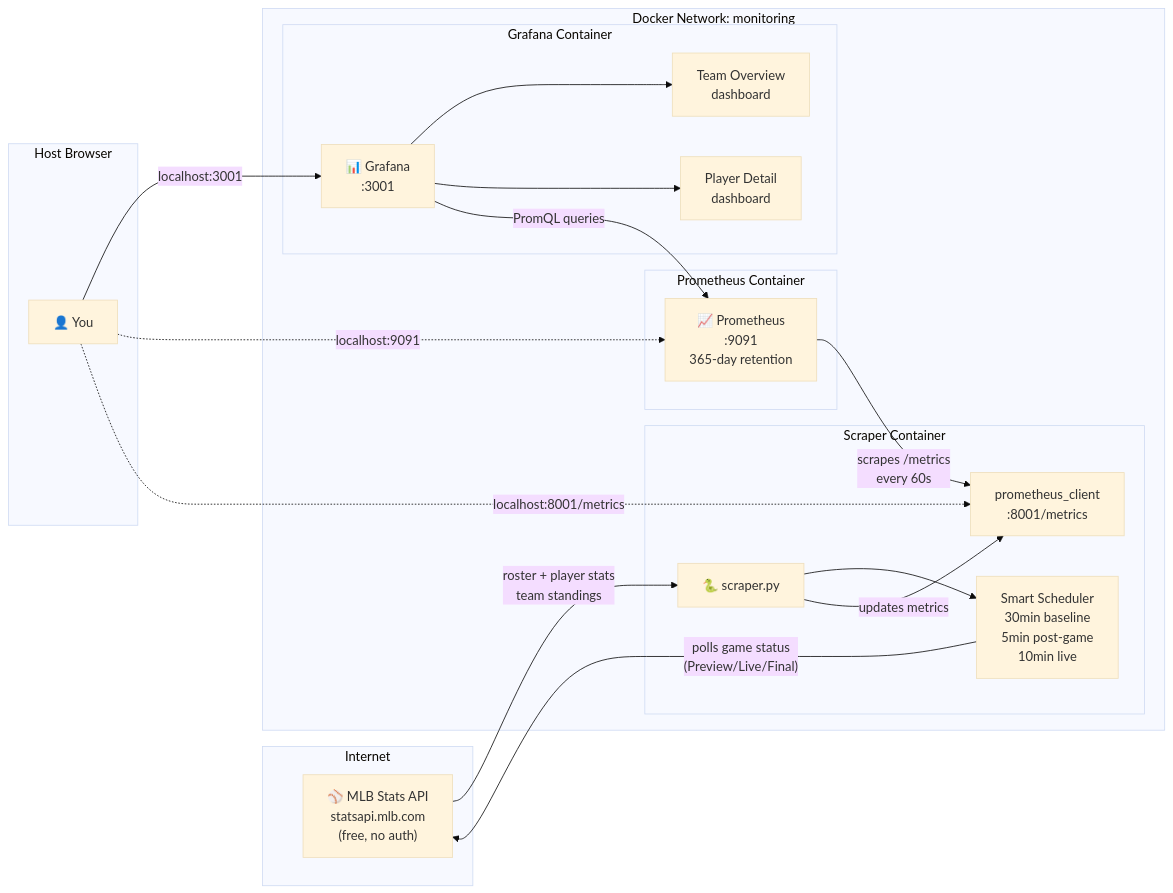
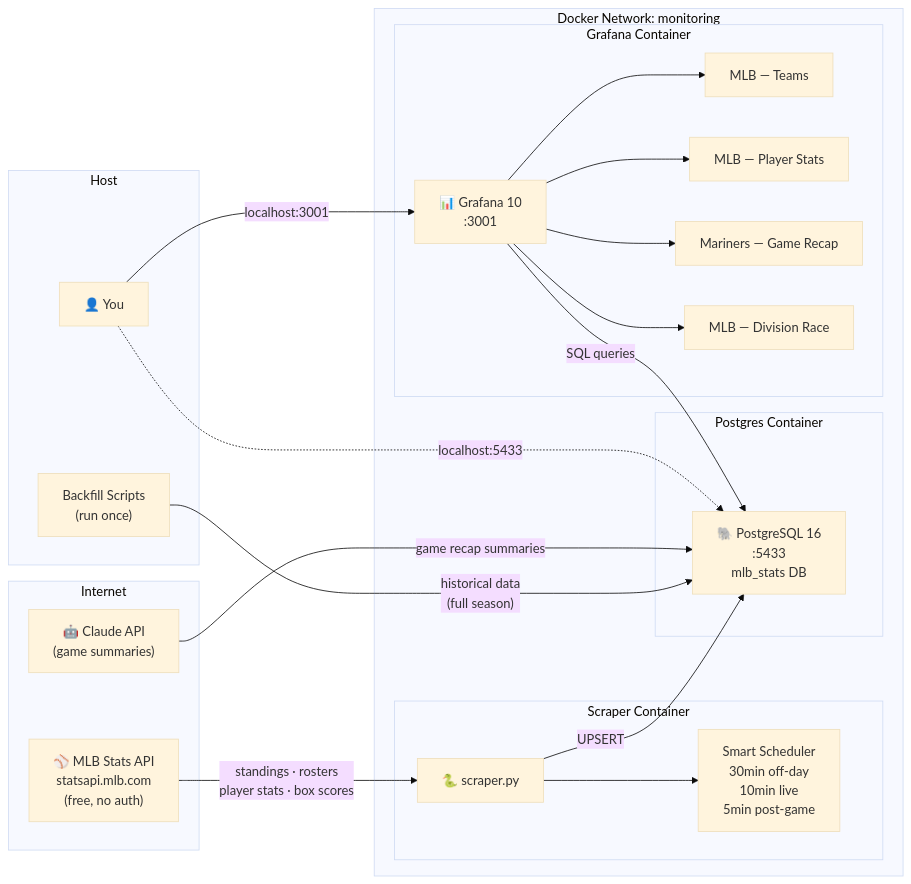
One commit to enriquebrosericus/claudeFun changed the first of 2 diagrams in mlb_stats_tracker/README.md. Above: the diagram before and after it, drawn with Mermaid (base theme). The commit also changed other lines of this file, not shown here.

First line of the commit message:
Update MLB README: reflect PostgreSQL migration and current feature set

````diff
--- a/mlb_stats_tracker/README.md
+++ b/mlb_stats_tracker/README.md
@@ -9,40 +9,41 @@
 ```mermaid
 flowchart LR
     subgraph Internet
         MLB["⚾ MLB Stats API\nstatsapi.mlb.com\n(free, no auth)"]
+        AI["🤖 Claude API\n(game summaries)"]
     end
 
     subgraph Docker Network: monitoring
         subgraph Scraper Container
             PY["🐍 scraper.py"]
-            SCHED["Smart Scheduler\n30min baseline\n5min post-game\n10min live"]
-            PROM_CLIENT["prometheus_client\n:8001/metrics"]
+            SCHED["Smart Scheduler\n30min off-day\n10min live\n5min post-game"]
             PY --> SCHED
-            PY -- "updates metrics" --> PROM_CLIENT
         end
 
-        subgraph Prometheus Container
-            PROM["📈 Prometheus\n:9091\n365-day retention"]
+        subgraph Postgres Container
+            PG["🐘 PostgreSQL 16\n:5433\nmlb_stats DB"]
         end
 
         subgraph Grafana Container
-            GRAF["📊 Grafana\n:3001"]
-            D1["Team Overview\ndashboard"]
-            D2["Player Detail\ndashboard"]
-            GRAF --> D1
-            GRAF --> D2
+            GRAF["📊 Grafana 10\n:3001"]
+            D1["MLB — Teams"]
+            D2["MLB — Player Stats"]
+            D3["Mariners — Game Recap"]
+            D4["MLB — Division Race"]
+            GRAF --> D1 & D2 & D3 & D4
         end
     end
 
-    subgraph Host Browser
+    subgraph Host
         USER["👤 You"]
+        BF["Backfill Scripts\n(run once)"]
     end
 
-    MLB -- "roster + player stats\nteam standings" --> PY
-    SCHED -- "polls game status\n(Preview/Live/Final)" --> MLB
-    PROM -- "scrapes /metrics\nevery 60s" --> PROM_CLIENT
-    GRAF -- "PromQL queries" --> PROM
+    MLB -- "standings · rosters\nplayer stats · box scores" --> PY
+    PY -- "UPSERT" --> PG
+    BF -- "historical data\n(full season)" --> PG
+    AI -- "game recap summaries" --> PG
+    GRAF -- "SQL queries" --> PG
     USER -- "localhost:3001" --> GRAF
-    USER -. "localhost:9091" .-> PROM
-    USER -. "localhost:8001/metrics" .-> PROM_CLIENT
+    USER -. "localhost:5433" .-> PG
 ```
````
